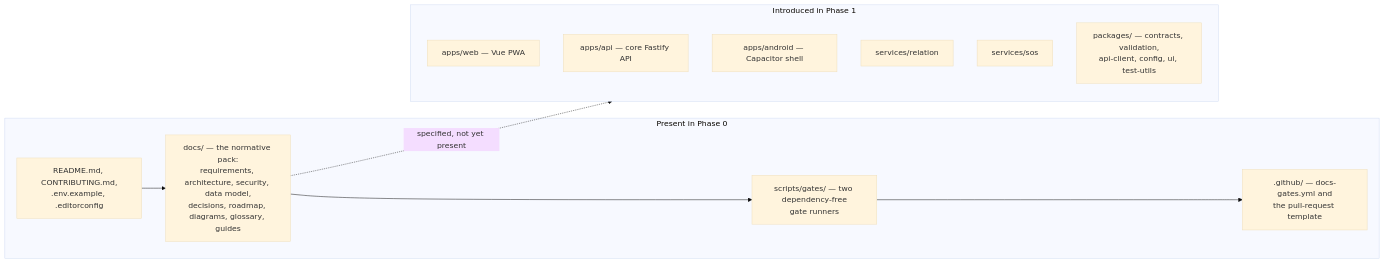
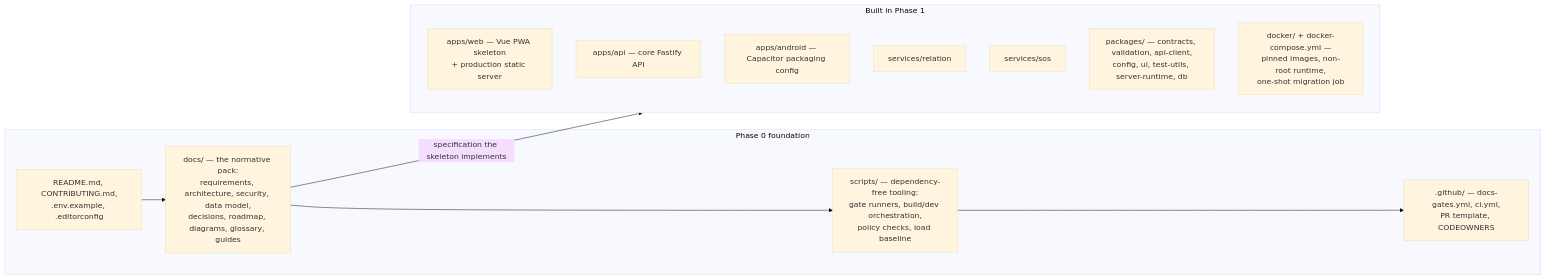
The first of 16 diagrams in docs/DIAGRAMS.md (komeilm76/boro_biya), drawn with Mermaid (base theme) before and after one commit. The commit also changed other lines of this file and 218 other files, not shown here.

````diff
--- a/docs/DIAGRAMS.md
+++ b/docs/DIAGRAMS.md
@@ -19,21 +19,22 @@
 ```mermaid
 flowchart LR
-  subgraph now["Present in Phase 0"]
+  subgraph now["Phase 0 foundation"]
     entry["README.md, CONTRIBUTING.md,<br/>.env.example, .editorconfig"]
     docs["docs/ — the normative pack:<br/>requirements, architecture, security, data model,<br/>decisions, roadmap, diagrams, glossary, guides"]
-    gates["scripts/gates/ — two dependency-free<br/>gate runners"]
-    ci[".github/ — docs-gates.yml and<br/>the pull-request template"]
+    gates["scripts/ — dependency-free tooling:<br/>gate runners, build/dev orchestration,<br/>policy checks, load baseline"]
+    ci[".github/ — docs-gates.yml, ci.yml,<br/>PR template, CODEOWNERS"]
   end
-  subgraph p1["Introduced in Phase 1"]
-    web["apps/web — Vue PWA"]
+  subgraph p1["Built in Phase 1"]
+    web["apps/web — Vue PWA skeleton<br/>+ production static server"]
     api["apps/api — core Fastify API"]
-    android["apps/android — Capacitor shell"]
+    android["apps/android — Capacitor packaging config"]
     relsvc["services/relation"]
     sossvc["services/sos"]
-    pkgs["packages/ — contracts, validation,<br/>api-client, config, ui, test-utils"]
+    pkgs["packages/ — contracts, validation, api-client,<br/>config, ui, test-utils, server-runtime, db"]
+    stack["docker/ + docker-compose.yml —<br/>pinned images, non-root runtime,<br/>one-shot migration job"]
   end
   entry --> docs
   docs --> gates
   gates --> ci
-  docs -.->|"specified, not yet present"| p1
+  docs -->|"specification the skeleton implements"| p1
 ```
````
